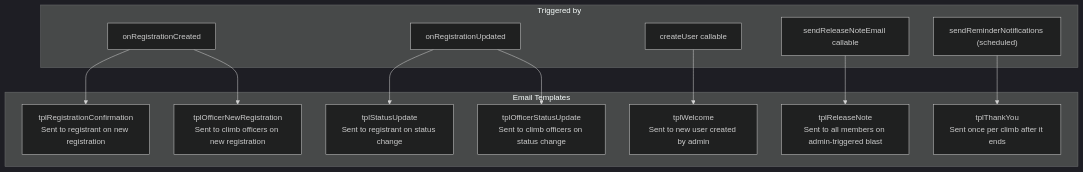
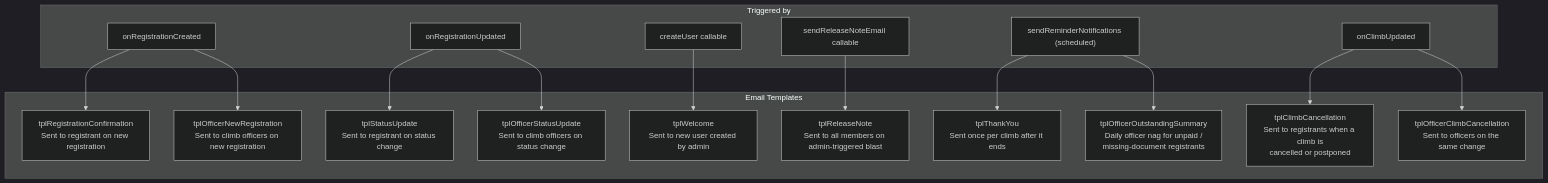
One commit to Oweeboi011/mms-open-climbs changed the tenth of 10 diagrams in docs/wiki/API.md. Above: the diagram before and after it, drawn with Mermaid (dark theme). The commit also changed other lines of this file and 1 other file, not shown here.

First line of the commit message:
fix(functions): bind Brevo secrets to onClimbUpdated; document all functions

````diff
--- a/docs/wiki/API.md
+++ b/docs/wiki/API.md
@@ -564,28 +996,35 @@
 ```mermaid
 graph TD
     subgraph Templates["Email Templates"]
         T1["tplRegistrationConfirmation\nSent to registrant on new registration"]
         T2["tplStatusUpdate\nSent to registrant on status change"]
         T3["tplOfficerNewRegistration\nSent to climb officers on new registration"]
         T4["tplOfficerStatusUpdate\nSent to climb officers on status change"]
         T5["tplWelcome\nSent to new user created by admin"]
         T6["tplReleaseNote\nSent to all members on admin-triggered blast"]
         T7["tplThankYou\nSent once per climb after it ends"]
+        T8["tplClimbCancellation\nSent to registrants when a climb is\ncancelled or postponed"]
+        T9["tplOfficerClimbCancellation\nSent to officers on the same change"]
+        T10["tplOfficerOutstandingSummary\nDaily officer nag for unpaid /\nmissing-document registrants"]
     end
 
     subgraph Trigger["Triggered by"]
         TR1["onRegistrationCreated"]
         TR2["onRegistrationUpdated"]
         TR3["createUser callable"]
         TR4["sendReleaseNoteEmail callable"]
         TR5["sendReminderNotifications (scheduled)"]
+        TR6["onClimbUpdated"]
     end
 
     TR1 --> T1
     TR1 --> T3
     TR2 --> T2
     TR2 --> T4
     TR3 --> T5
     TR4 --> T6
     TR5 --> T7
+    TR5 --> T10
+    TR6 --> T8
+    TR6 --> T9
 ```
````
